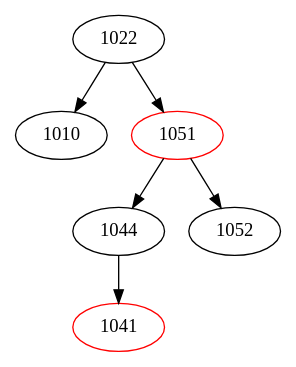
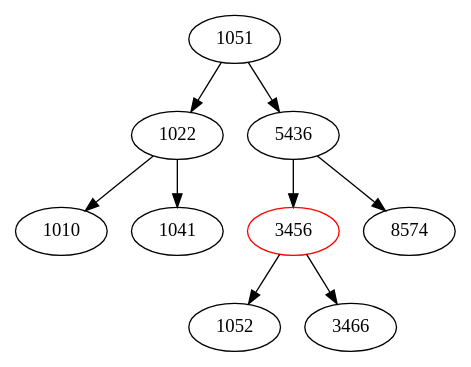
Before and after one commit to DanielDourado00/ED-II: the diagram in arvore.dot, drawn with Graphviz. The commit also changed 4 other files, not shown here.

```diff
--- a/arvore.dot
+++ b/arvore.dot
@@ -1,13 +1,19 @@
 digraph ArvoreRubroNegra {
+1051 [label="1051", color=black];
+1051 -> 1022;
 1022 [label="1022", color=black];
 1022 -> 1010;
 1010 [label="1010", color=black];
-1022 -> 1051;
-1051 [label="1051", color=red];
-1051 -> 1044;
-1044 [label="1044", color=black];
-1044 -> 1041;
-1041 [label="1041", color=red];
-1051 -> 1052;
+1022 -> 1041;
+1041 [label="1041", color=black];
+1051 -> 5436;
+5436 [label="5436", color=black];
+5436 -> 3456;
+3456 [label="3456", color=red];
+3456 -> 1052;
 1052 [label="1052", color=black];
+3456 -> 3466;
+3466 [label="3466", color=black];
+5436 -> 8574;
+8574 [label="8574", color=black];
 }
```
